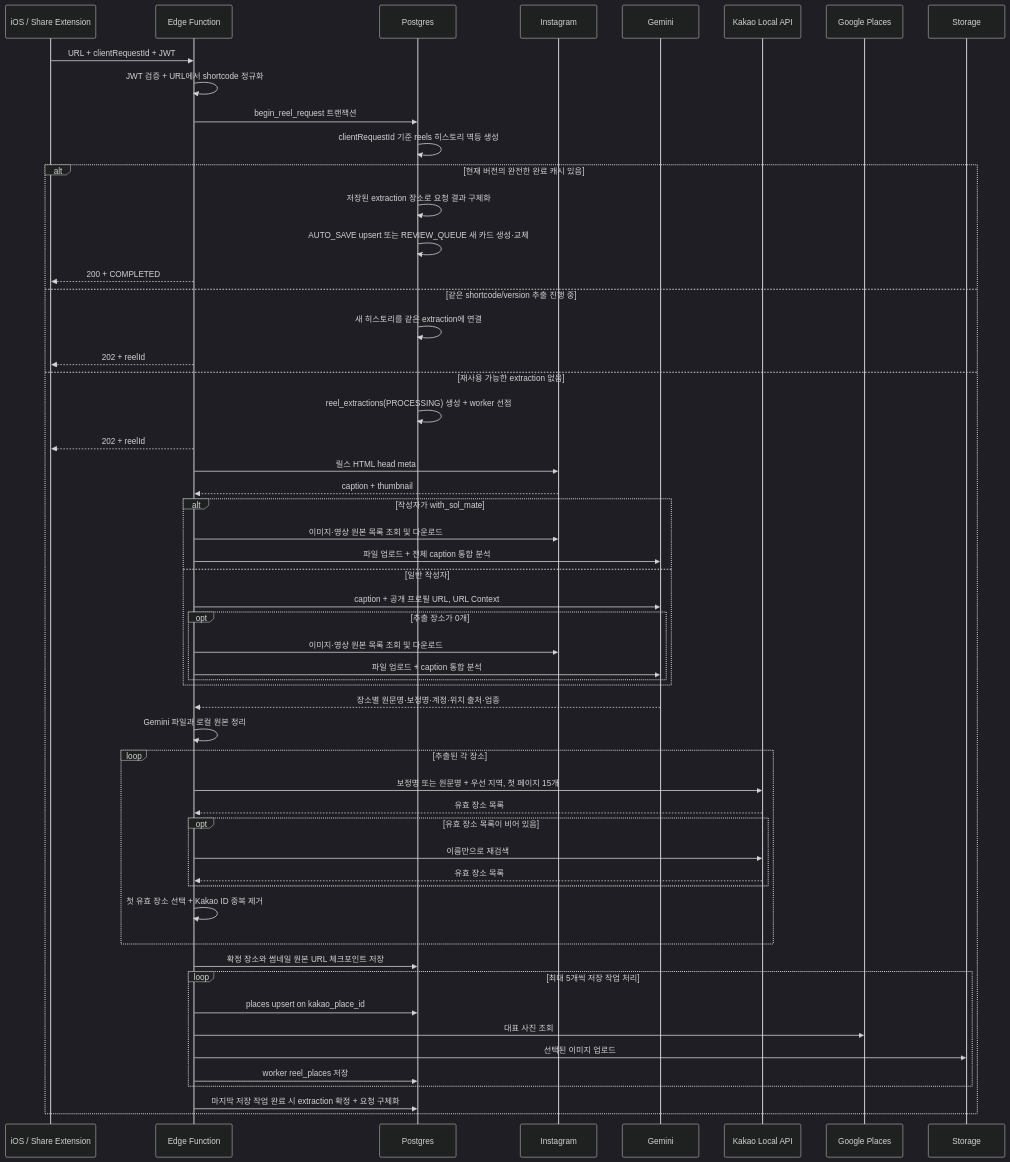
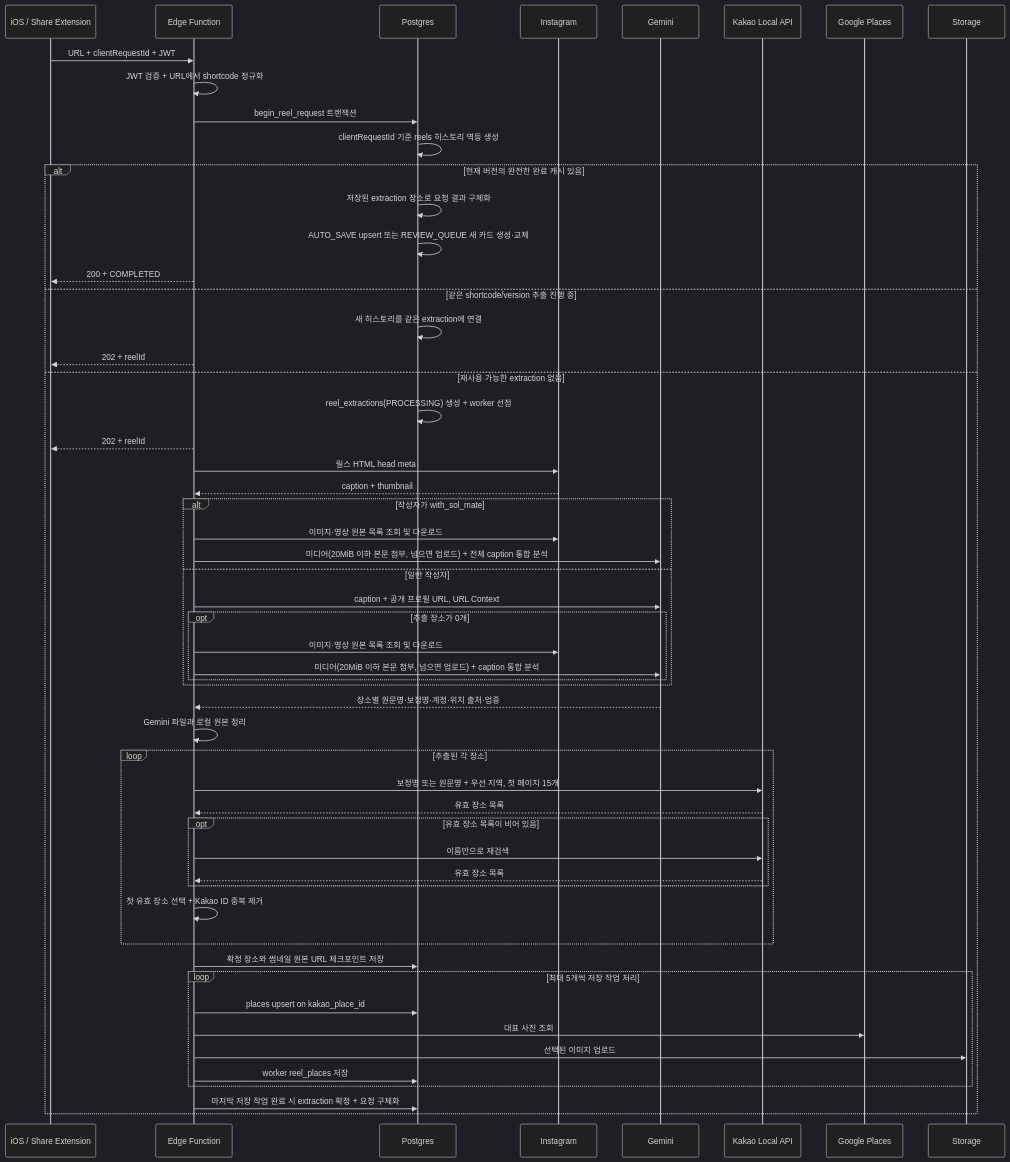
Before and after one commit to Jiihyun/yeogidam: the diagram in docs/save-instagram-reel-flow.md, drawn with Mermaid (dark theme). The commit also changed other lines of this file and 5 other files, not shown here.

````diff
--- a/docs/save-instagram-reel-flow.md
+++ b/docs/save-instagram-reel-flow.md
@@ -45,58 +45,58 @@
 ```mermaid
 sequenceDiagram
     participant U as iOS / Share Extension
     participant F as Edge Function
     participant D as Postgres
     participant I as Instagram
     participant AI as Gemini
     participant K as Kakao Local API
     participant G as Google Places
     participant S as Storage
 
     U->>F: URL + clientRequestId + JWT
     F->>F: JWT 검증 + URL에서 shortcode 정규화
     F->>D: begin_reel_request 트랜잭션
     D->>D: clientRequestId 기준 reels 히스토리 멱등 생성
     alt 현재 버전의 완전한 완료 캐시 있음
         D->>D: 저장된 extraction 장소로 요청 결과 구체화
         D->>D: AUTO_SAVE upsert 또는 REVIEW_QUEUE 새 카드 생성·교체
         F-->>U: 200 + COMPLETED
     else 같은 shortcode/version 추출 진행 중
         D->>D: 새 히스토리를 같은 extraction에 연결
         F-->>U: 202 + reelId
     else 재사용 가능한 extraction 없음
         D->>D: reel_extractions(PROCESSING) 생성 + worker 선점
         F-->>U: 202 + reelId
         F->>I: 릴스 HTML head meta
         I-->>F: caption + thumbnail
         alt 작성자가 with_sol_mate
             F->>I: 이미지·영상 원본 목록 조회 및 다운로드
-            F->>AI: 파일 업로드 + 전체 caption 통합 분석
+            F->>AI: 미디어(20MiB 이하 본문 첨부, 넘으면 업로드) + 전체 caption 통합 분석
         else 일반 작성자
             F->>AI: caption + 공개 프로필 URL, URL Context
             opt 추출 장소가 0개
                 F->>I: 이미지·영상 원본 목록 조회 및 다운로드
-                F->>AI: 파일 업로드 + caption 통합 분석
+                F->>AI: 미디어(20MiB 이하 본문 첨부, 넘으면 업로드) + caption 통합 분석
             end
         end
         AI-->>F: 장소별 원문명·보정명·계정·위치 출처·업종
         F->>F: Gemini 파일과 로컬 원본 정리
         loop 추출된 각 장소
             F->>K: 보정명 또는 원문명 + 우선 지역, 첫 페이지 15개
             K-->>F: 유효 장소 목록
             opt 유효 장소 목록이 비어 있음
                 F->>K: 이름만으로 재검색
                 K-->>F: 유효 장소 목록
             end
             F->>F: 첫 유효 장소 선택 + Kakao ID 중복 제거
         end
         F->>D: 확정 장소와 썸네일 원본 URL 체크포인트 저장
         loop 최대 5개씩 저장 작업 처리
             F->>D: places upsert on kakao_place_id
             F->>G: 대표 사진 조회
             F->>S: 선택된 이미지 업로드
             F->>D: worker reel_places 저장
         end
         F->>D: 마지막 저장 작업 완료 시 extraction 확정 + 요청 구체화
     end
 ```
````
